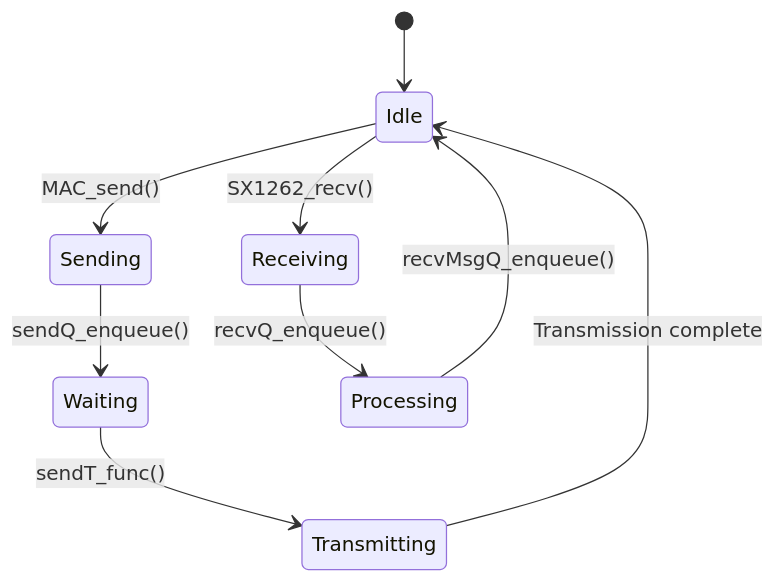
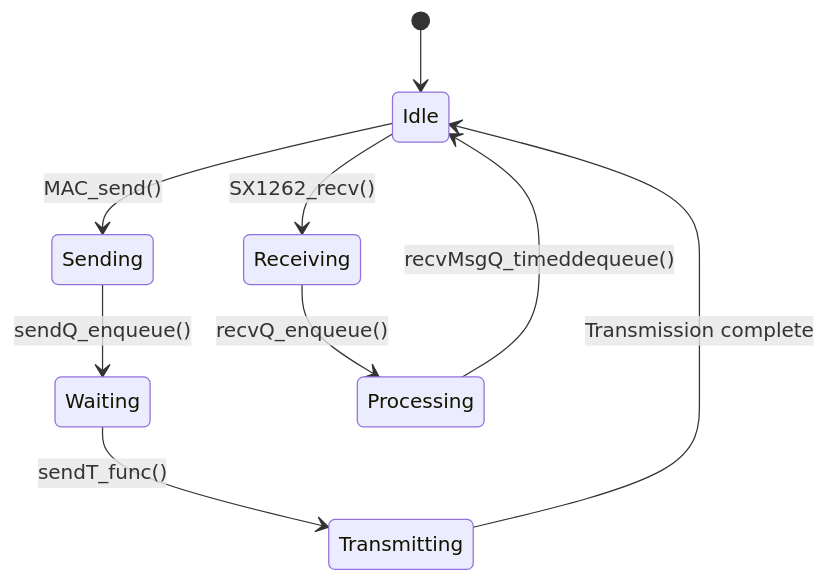
One commit to arjunvprakash/wsn-testbed changed the sixth of 6 diagrams in README.md. Above: the diagram before and after it, drawn with Mermaid. The commit also changed other lines of this file, not shown here.

````diff
--- a/README.md
+++ b/README.md
@@ -127,11 +192,11 @@
 ```mermaid
 stateDiagram-v2
     [*] --> Idle
     Idle --> Sending: MAC_send()
     Sending --> Waiting: sendQ_enqueue()
     Waiting --> Transmitting: sendT_func()
     Transmitting --> Idle: Transmission complete
     Idle --> Receiving: SX1262_recv()
     Receiving --> Processing: recvQ_enqueue()
-    Processing --> Idle: recvMsgQ_enqueue()
+    Processing --> Idle: recvMsgQ_timeddequeue()
 ```
````
